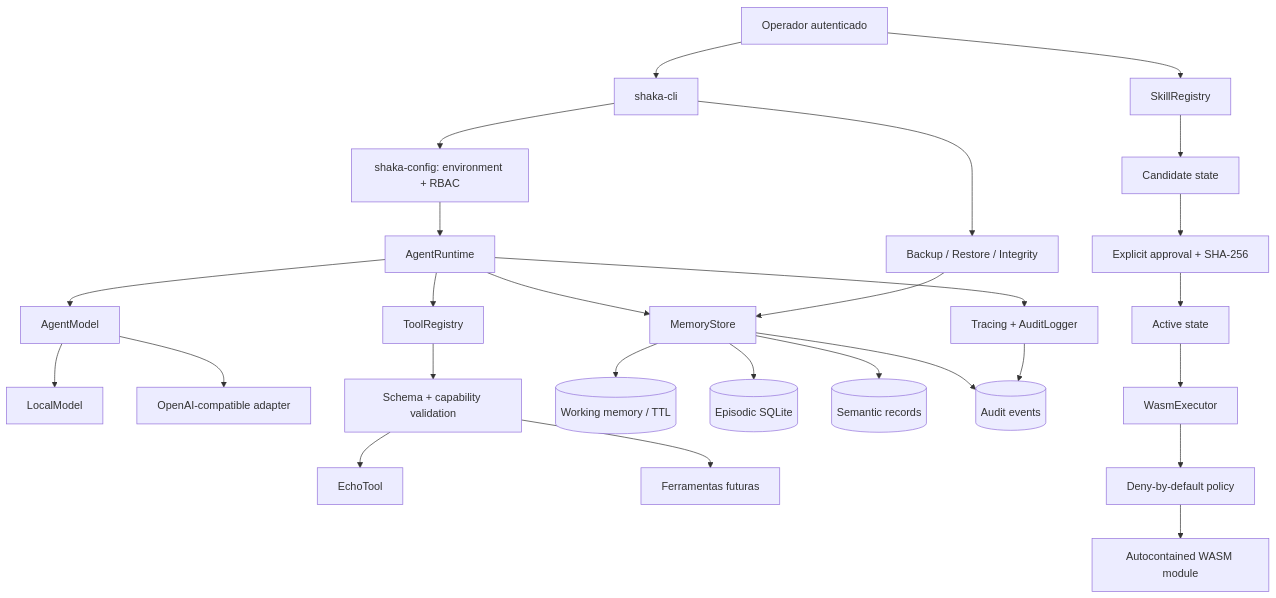
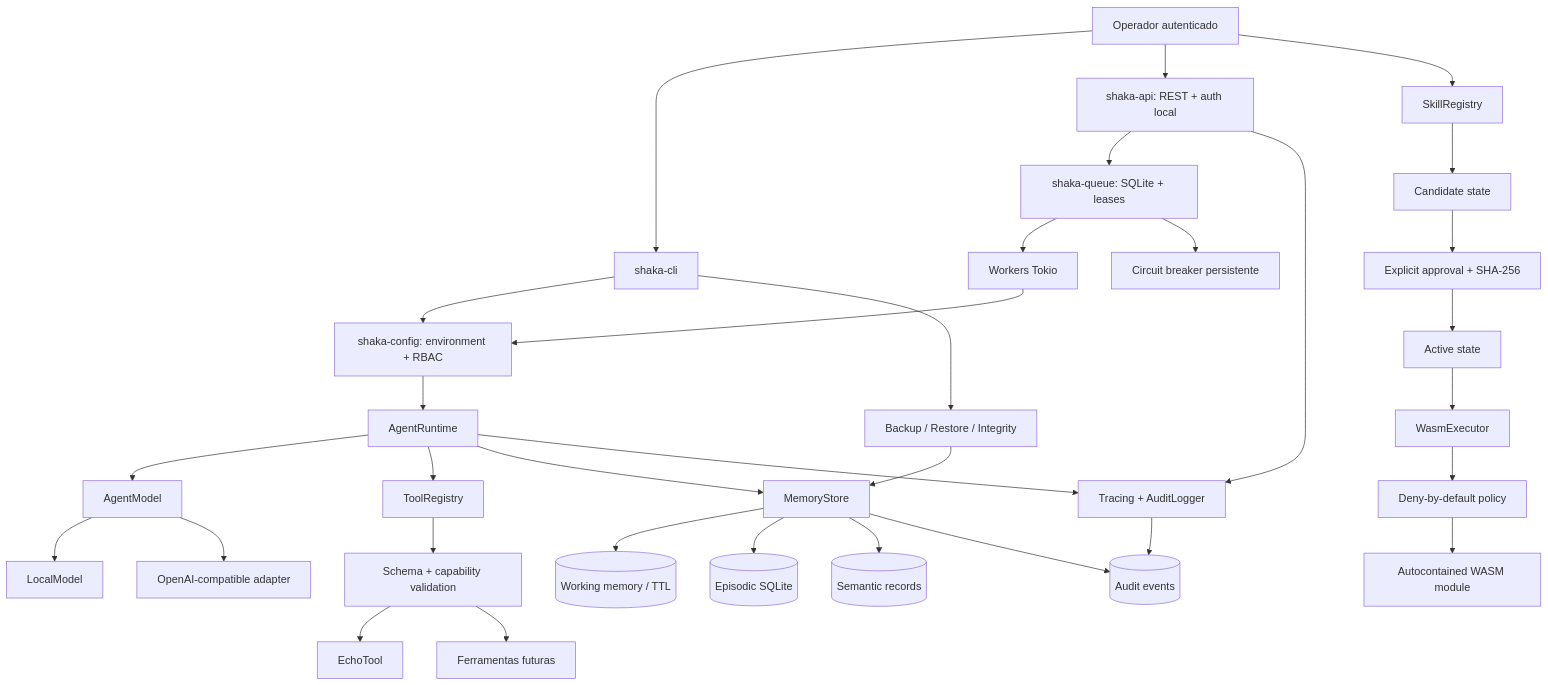
Before and after one commit to Head-1/Shaka-Agente: the diagram in ARCHITECTURE.md, drawn with Mermaid. The commit also changed other lines of this file and 8 other files, not shown here.

````diff
--- a/ARCHITECTURE.md
+++ b/ARCHITECTURE.md
@@ -11,29 +11,35 @@
 ```mermaid
 flowchart TD
     Operator[Operador autenticado] --> CLI[shaka-cli]
+    Operator --> API[shaka-api: REST + auth local]
     CLI --> Config[shaka-config: environment + RBAC]
+    API --> Queue[shaka-queue: SQLite + leases]
+    Queue --> Workers[Workers Tokio]
+    Workers --> Config
     Config --> Runtime[AgentRuntime]
     Runtime --> Model[AgentModel]
     Model --> Local[LocalModel]
     Model --> OpenAI[OpenAI-compatible adapter]
     Runtime --> ToolRegistry[ToolRegistry]
     ToolRegistry --> ToolValidation[Schema + capability validation]
     ToolValidation --> Echo[EchoTool]
     ToolValidation --> FutureTools[Ferramentas futuras]
     Runtime --> Memory[MemoryStore]
     CLI --> Backup[Backup / Restore / Integrity]
     Backup --> Memory
     Memory --> Working[(Working memory / TTL)]
     Memory --> Episodic[(Episodic SQLite)]
     Memory --> Semantic[(Semantic records)]
     Memory --> Audit[(Audit events)]
     Operator --> Skills[SkillRegistry]
     Skills --> Candidate[Candidate state]
     Candidate --> Approval[Explicit approval + SHA-256]
     Approval --> Active[Active state]
     Active --> Sandbox[WasmExecutor]
     Sandbox --> Policy[Deny-by-default policy]
     Policy --> Wasm[Autocontained WASM module]
     Runtime --> Observability[Tracing + AuditLogger]
     Observability --> Audit
+    API --> Observability
+    Queue --> Circuit[Circuit breaker persistente]
 ```
````
